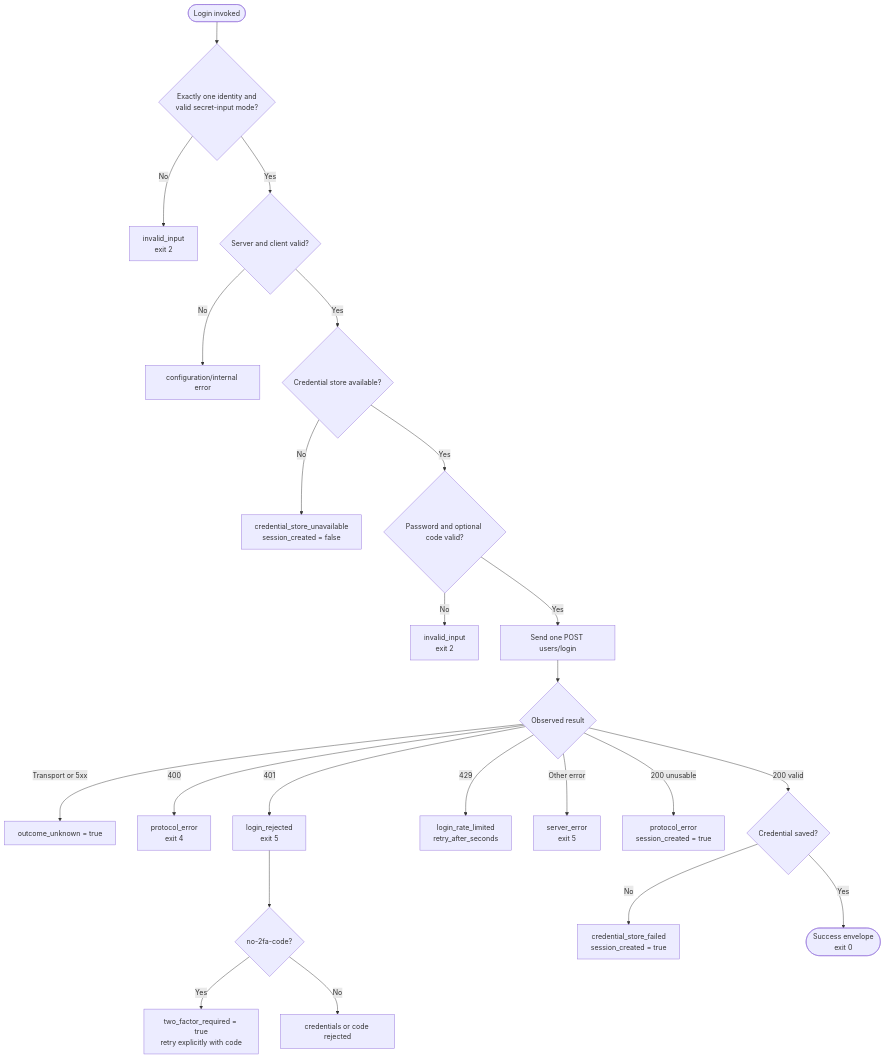
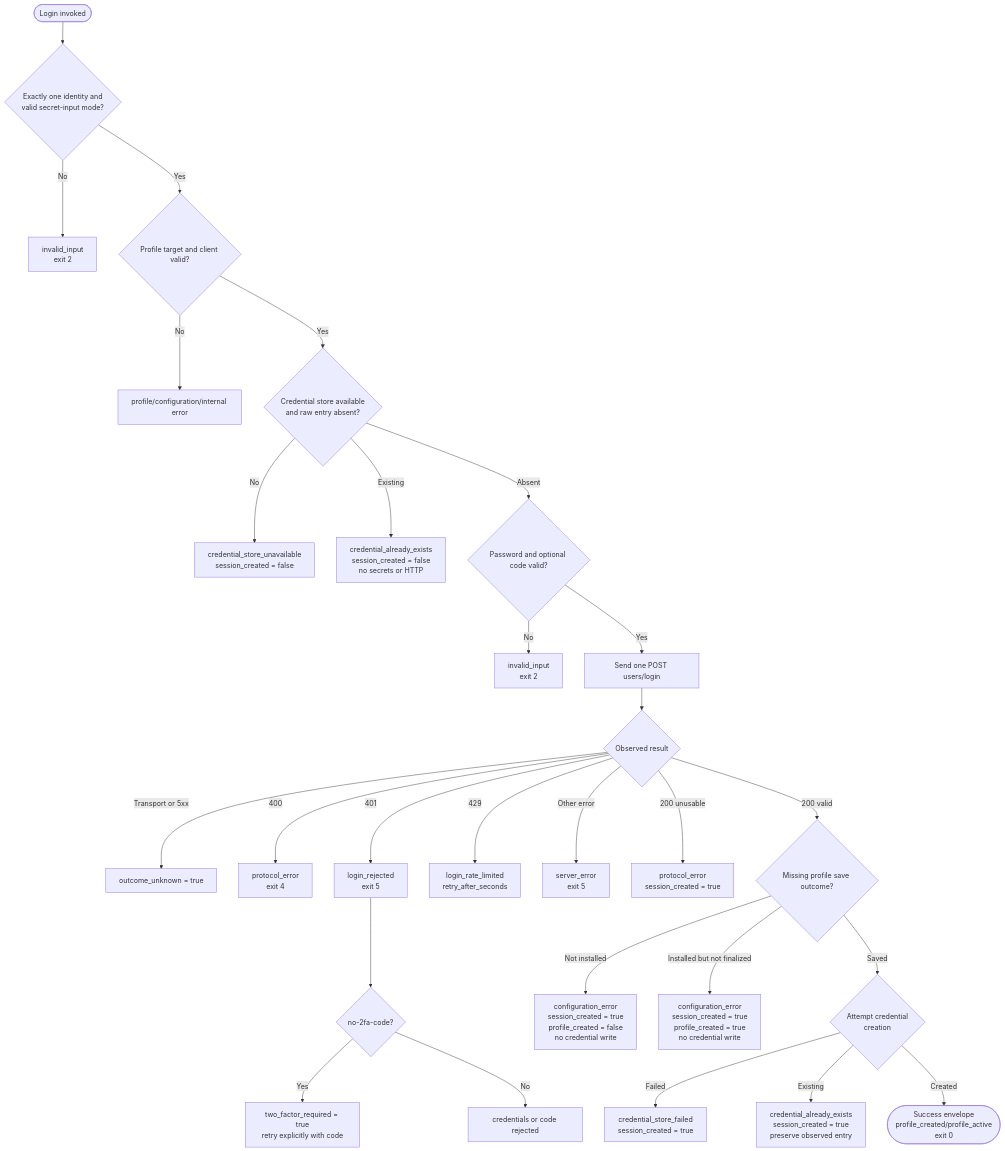
Before and after one commit to AhmedLukman/wekan-cli: the seventh of 11 diagrams in docs/auth-architecture.md, drawn with Mermaid. The commit also changed other lines of this file and 23 other files, not shown here.

````diff
--- a/docs/auth-architecture.md
+++ b/docs/auth-architecture.md
@@ -331,25 +369,30 @@
 ```mermaid
 flowchart TD
     start([Login invoked]) --> parse{Exactly one identity and<br/>valid secret-input mode?}
     parse -- No --> usage[invalid_input<br/>exit 2]
-    parse -- Yes --> server{Server and client valid?}
-    server -- No --> config[configuration/internal error]
-    server -- Yes --> vault{Credential store available?}
+    parse -- Yes --> server{Profile target and client valid?}
+    server -- No --> config[profile/configuration/internal error]
+    server -- Yes --> vault{Credential store available<br/>and raw entry absent?}
     vault -- No --> unavailable[credential_store_unavailable<br/>session_created = false]
-    vault -- Yes --> secrets{Password and optional code valid?}
+    vault -- Existing --> occupied[credential_already_exists<br/>session_created = false<br/>no secrets or HTTP]
+    vault -- Absent --> secrets{Password and optional code valid?}
     secrets -- No --> input[invalid_input<br/>exit 2]
     secrets -- Yes --> request[Send one POST users/login]
     request --> response{Observed result}
     response -- Transport or 5xx --> unknown[outcome_unknown = true]
     response -- 400 --> malformed[protocol_error<br/>exit 4]
     response -- 401 --> rejected[login_rejected<br/>exit 5]
     rejected --> twofactor{no-2fa-code?}
     twofactor -- Yes --> required[two_factor_required = true<br/>retry explicitly with code]
     twofactor -- No --> credentials[credentials or code rejected]
     response -- 429 --> limited[login_rate_limited<br/>retry_after_seconds]
     response -- Other error --> servererr[server_error<br/>exit 5]
     response -- 200 unusable --> protocol[protocol_error<br/>session_created = true]
-    response -- 200 valid --> save{Credential saved?}
-    save -- No --> storefail[credential_store_failed<br/>session_created = true]
-    save -- Yes --> success([Success envelope<br/>exit 0])
+    response -- 200 valid --> profilesave{Missing profile save outcome?}
+    profilesave -- Not installed --> profilefail[configuration_error<br/>session_created = true<br/>profile_created = false<br/>no credential write]
+    profilesave -- Installed but not finalized --> profilefinalize[configuration_error<br/>session_created = true<br/>profile_created = true<br/>no credential write]
+    profilesave -- Saved --> save{Attempt credential<br/>creation}
+    save -- Failed --> storefail[credential_store_failed<br/>session_created = true]
+    save -- Existing --> late[credential_already_exists<br/>session_created = true<br/>preserve observed entry]
+    save -- Created --> success([Success envelope<br/>profile_created/profile_active<br/>exit 0])
 ```
````
